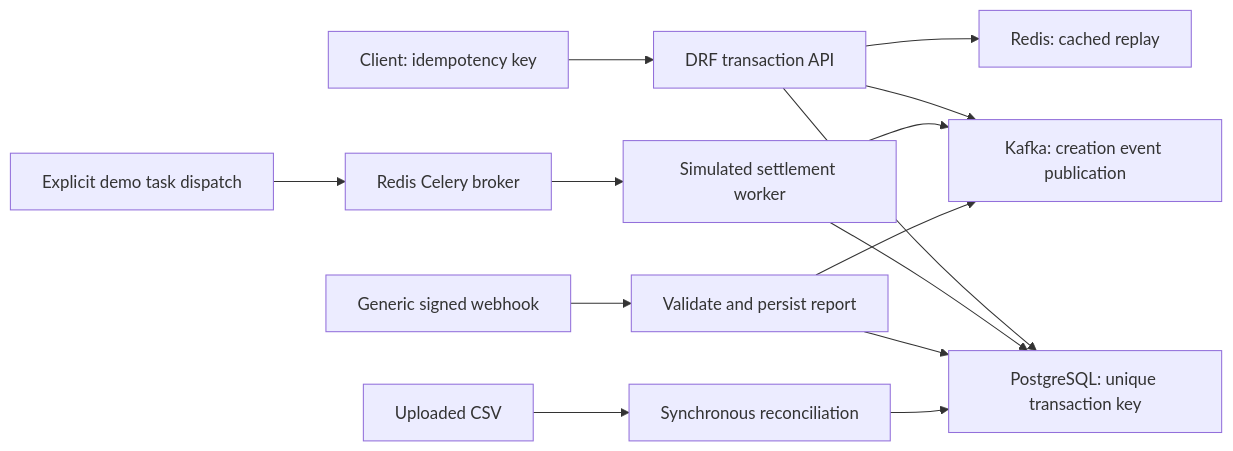
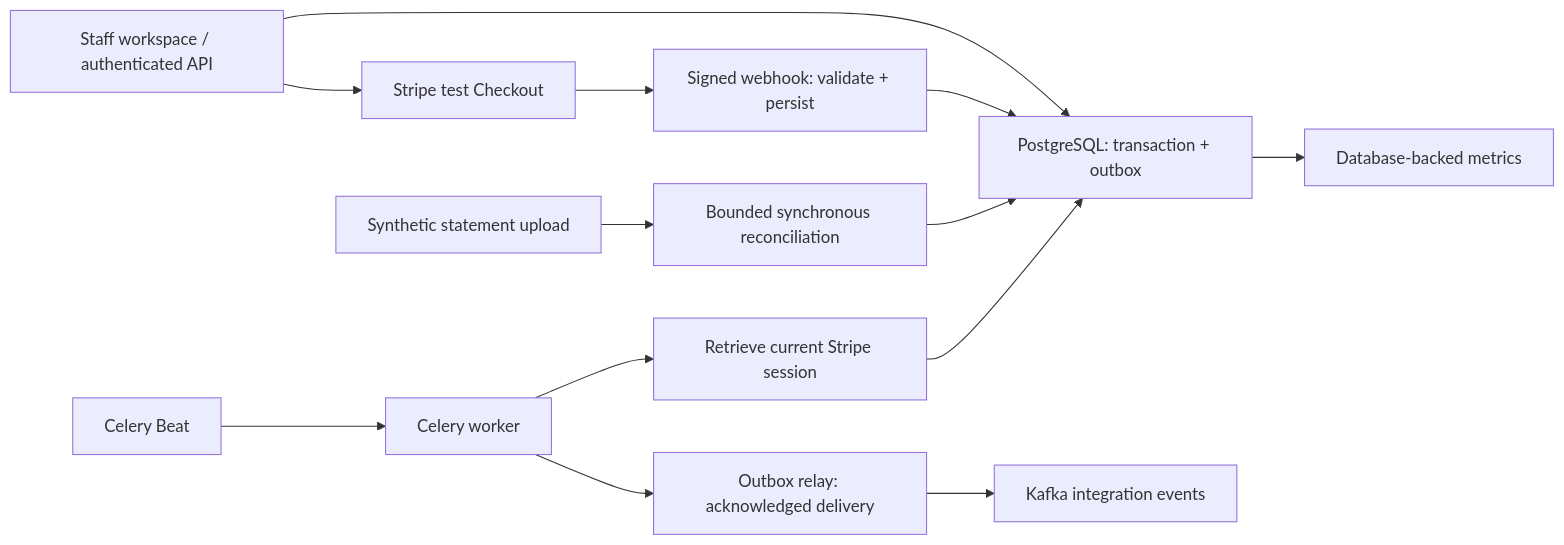
One commit to Gwerdonatus/txcore changed the diagram in README.md. Above: the diagram before and after it, drawn with Mermaid. The commit also changed other lines of this file and 15 other files, not shown here.

````diff
--- a/README.md
+++ b/README.md
@@ -67,16 +67,15 @@
 ```mermaid
 flowchart LR
-    Client[Client: idempotency key] --> API[DRF transaction API]
-    API --> Cache[Redis: cached replay]
-    API --> DB[PostgreSQL: unique transaction key]
-    API --> Kafka[Kafka: creation event publication]
-    Demo[Explicit demo task dispatch] --> Queue[Redis Celery broker]
-    Queue --> Worker[Simulated settlement worker]
-    Worker --> DB
-    Worker --> Kafka
-    Signed[Generic signed webhook] --> Webhook[Validate and persist report]
-    Webhook --> DB
-    Webhook --> Kafka
-    CSV[Uploaded CSV] --> Recon[Synchronous reconciliation]
+    Staff[Staff workspace / authenticated API] --> DB[PostgreSQL: transaction + outbox]
+    Staff --> Checkout[Stripe test Checkout]
+    Checkout --> Receipt[Signed webhook: validate + persist]
+    Receipt --> DB
+    Beat[Celery Beat] --> Worker[Celery worker]
+    Worker --> Verify[Retrieve current Stripe session]
+    Verify --> DB
+    Worker --> Relay[Outbox relay: acknowledged delivery]
+    Relay --> Kafka[Kafka integration events]
+    CSV[Synthetic statement upload] --> Recon[Bounded synchronous reconciliation]
     Recon --> DB
+    DB --> Metrics[Database-backed metrics]
 ```
````
